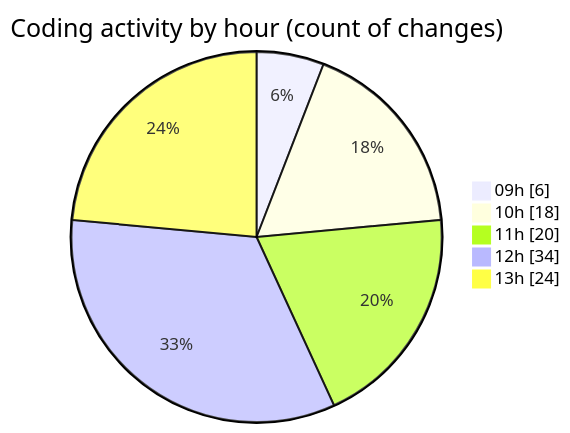
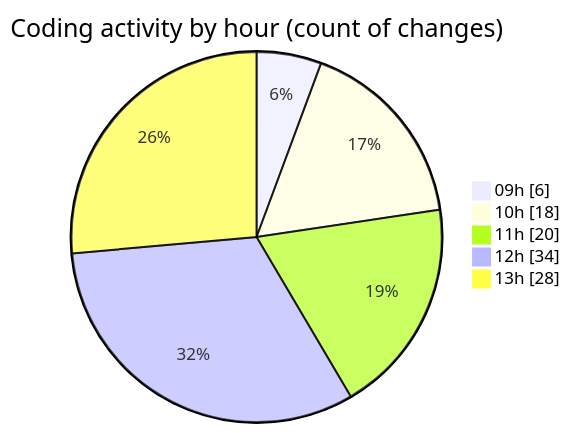
One commit to momahboobian/code-tracking changed the second of 2 diagrams in 2025-06-20/cda/README.md. Above: the diagram before and after it, drawn with Mermaid. The commit also changed other lines of this file and 1 other file, not shown here.

````diff
--- a/2025-06-20/cda/README.md
+++ b/2025-06-20/cda/README.md
@@ -50,9 +50,9 @@
 ```mermaid
 pie showData
 title Coding activity by hour (count of changes)
 "09h" : 6
 "10h" : 18
 "11h" : 20
 "12h" : 34
-"13h" : 24
+"13h" : 28
 ```
````
